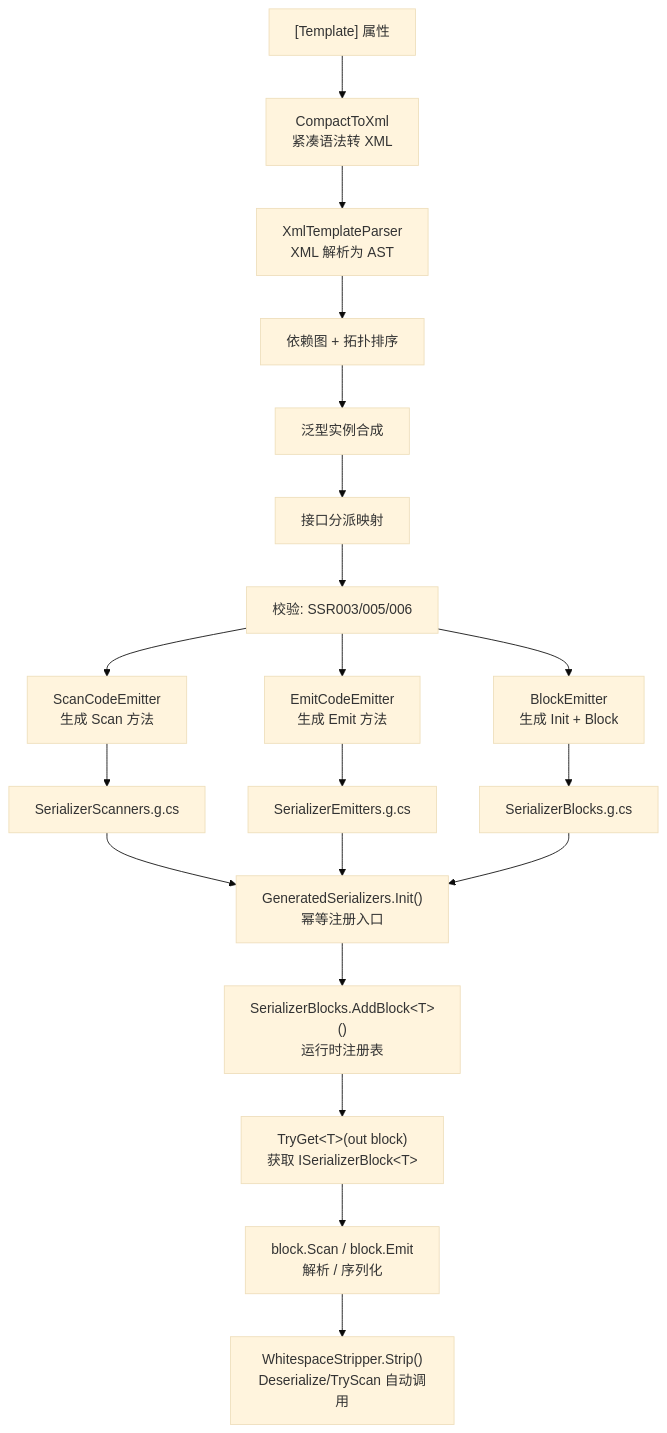
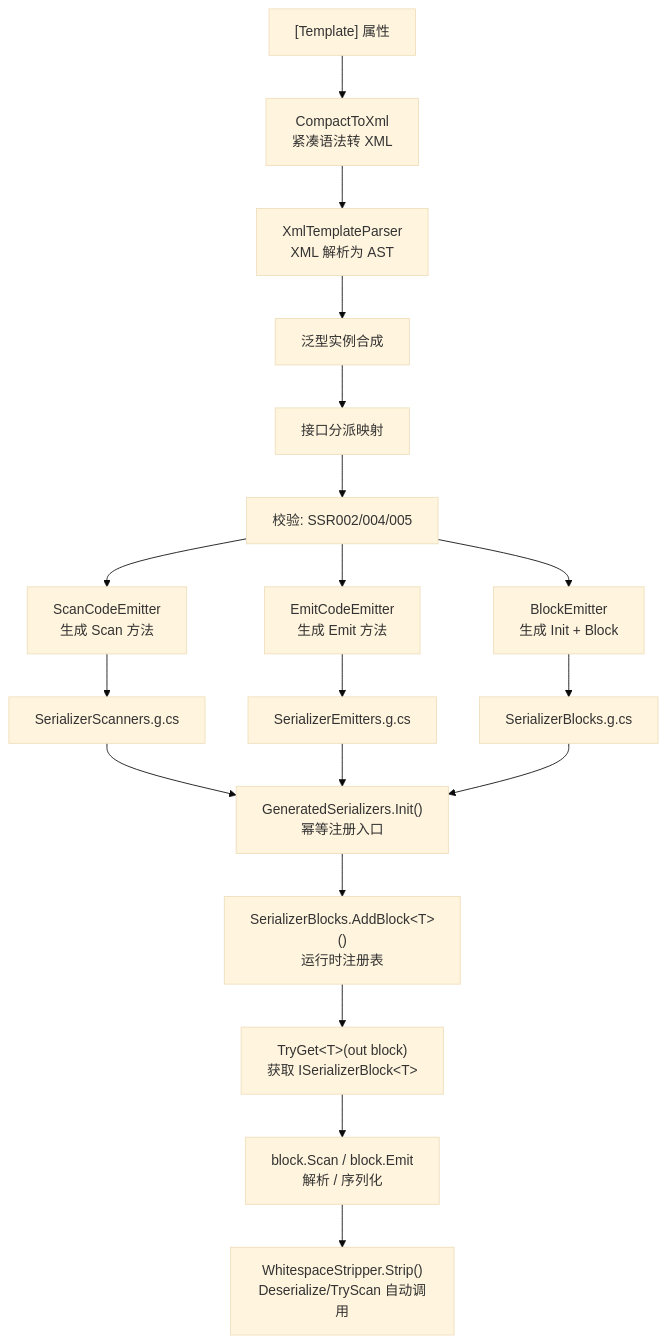
Before and after one commit to twds0x13/SourceSerializer: the first of 2 diagrams in docs/guide/core-concepts.md, drawn with Mermaid (base theme). The commit also changed other lines of this file and 28 other files, not shown here.

````diff
--- a/docs/guide/core-concepts.md
+++ b/docs/guide/core-concepts.md
@@ -9,22 +9,21 @@
 ```mermaid
 flowchart TD
     A["[Template] 属性"] --> B["CompactToXml<br/>紧凑语法转 XML"]
     B --> C["XmlTemplateParser<br/>XML 解析为 AST"]
-    C --> D["依赖图 + 拓扑排序"]
-    D --> E["泛型实例合成"]
+    C --> E["泛型实例合成"]
     E --> F["接口分派映射"]
-    F --> G["校验: SSR003/005/006"]
+    F --> G["校验: SSR002/004/005"]
     G --> H["ScanCodeEmitter<br/>生成 Scan 方法"]
     G --> I["EmitCodeEmitter<br/>生成 Emit 方法"]
     G --> J["BlockEmitter<br/>生成 Init + Block"]
     H --> K["SerializerScanners.g.cs"]
     I --> L["SerializerEmitters.g.cs"]
     J --> M["SerializerBlocks.g.cs"]
     K --> N["GeneratedSerializers.Init()<br/>幂等注册入口"]
     L --> N
     M --> N
     N --> O["SerializerBlocks.AddBlock&lt;T&gt;()<br/>运行时注册表"]
     O --> P["TryGet&lt;T&gt;(out block)<br/>获取 ISerializerBlock&lt;T&gt;"]
     P --> Q["block.Scan / block.Emit<br/>解析 / 序列化"]
     Q --> R["WhitespaceStripper.Strip()<br/>Deserialize/TryScan 自动调用"]
 ```
````
